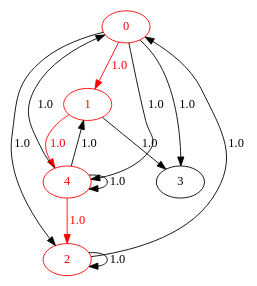
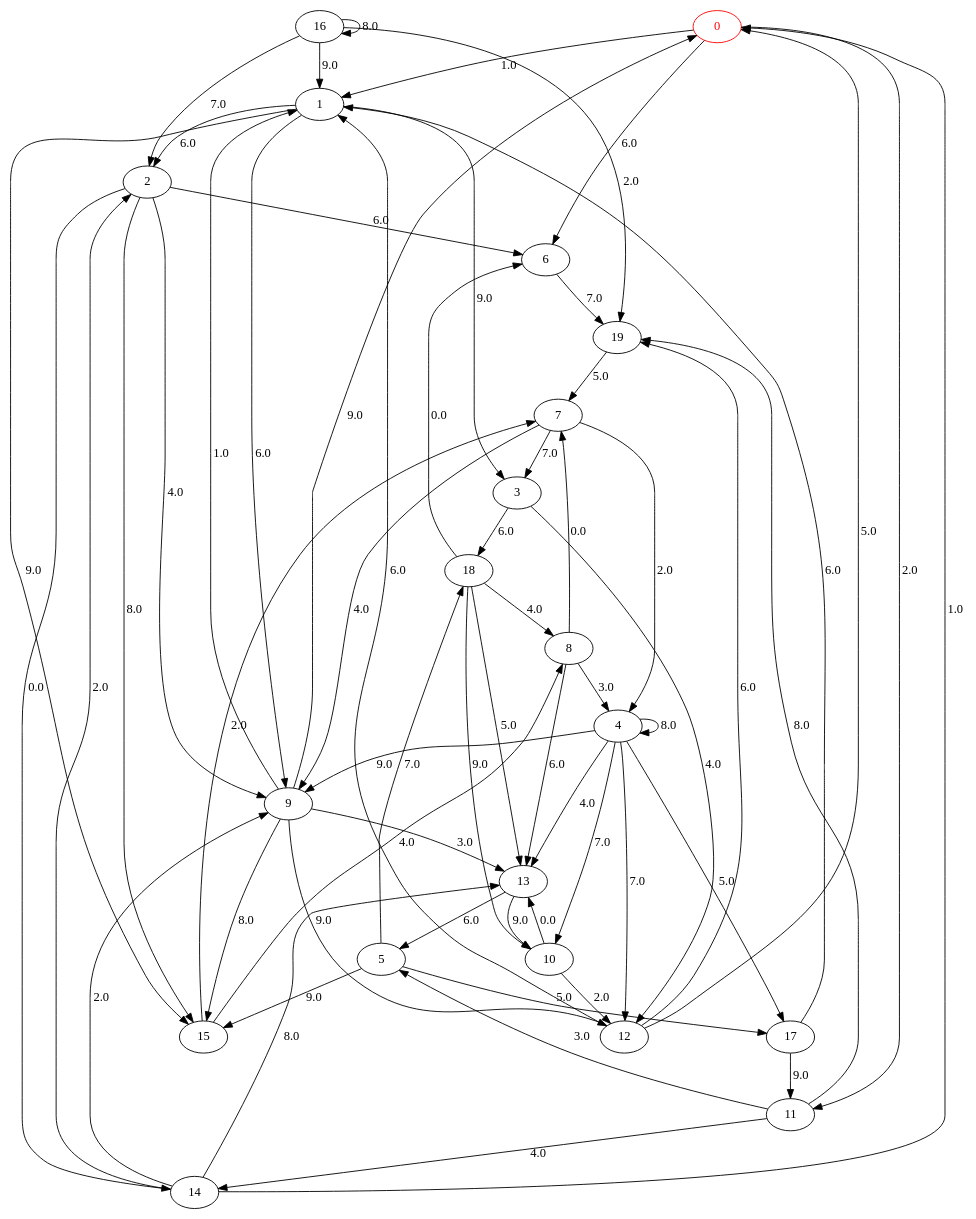
One commit to Valba31/S2.02 changed the diagram in output/graphviz_output.gv. Above: the diagram before and after it, drawn with Graphviz. The commit also changed 2 other files, not shown here.

```diff
--- a/output/graphviz_output.gv
+++ b/output/graphviz_output.gv
@@ -1,24 +1,66 @@
 strict digraph {
 	node [color=red fontcolor=red]
 	0
-	0 -> 1 [color=red fontcolor=red]
-	node [color=red fontcolor=red]
-	1
-	1 -> 4 [color=red fontcolor=red]
-	node [color=red fontcolor=red]
-	4
-	4 -> 2 [color=red fontcolor=red]
 	node [color=black fontcolor=black]
 	0 -> 1 [label=1.0]
-	0 -> 2 [label=1.0]
-	0 -> 3 [label=1.0]
-	0 -> 4 [label=1.0]
-	1 -> 3 [label=1.0]
-	1 -> 4 [label=1.0]
-	2 -> 0 [label=1.0]
-	2 -> 2 [label=1.0]
-	4 -> 0 [label=1.0]
-	4 -> 1 [label=1.0]
-	4 -> 2 [label=1.0]
-	4 -> 4 [label=1.0]
+	0 -> 6 [label=6.0]
+	0 -> 11 [label=2.0]
+	1 -> 2 [label=6.0]
+	1 -> 3 [label=9.0]
+	1 -> 9 [label=6.0]
+	1 -> 15 [label=9.0]
+	2 -> 6 [label=6.0]
+	2 -> 9 [label=4.0]
+	2 -> 14 [label=0.0]
+	2 -> 15 [label=8.0]
+	3 -> 12 [label=4.0]
+	3 -> 18 [label=6.0]
+	4 -> 4 [label=8.0]
+	4 -> 9 [label=9.0]
+	4 -> 10 [label=7.0]
+	4 -> 12 [label=7.0]
+	4 -> 13 [label=4.0]
+	4 -> 17 [label=5.0]
+	5 -> 15 [label=9.0]
+	5 -> 17 [label=5.0]
+	5 -> 18 [label=7.0]
+	6 -> 19 [label=7.0]
+	7 -> 3 [label=7.0]
+	7 -> 4 [label=2.0]
+	7 -> 9 [label=4.0]
+	8 -> 4 [label=3.0]
+	8 -> 7 [label=0.0]
+	8 -> 13 [label=6.0]
+	9 -> 0 [label=9.0]
+	9 -> 1 [label=1.0]
+	9 -> 12 [label=9.0]
+	9 -> 13 [label=3.0]
+	9 -> 15 [label=8.0]
+	10 -> 12 [label=2.0]
+	10 -> 13 [label=0.0]
+	11 -> 5 [label=3.0]
+	11 -> 14 [label=4.0]
+	11 -> 19 [label=8.0]
+	12 -> 0 [label=5.0]
+	12 -> 1 [label=6.0]
+	12 -> 19 [label=6.0]
+	13 -> 5 [label=6.0]
+	13 -> 10 [label=9.0]
+	14 -> 0 [label=1.0]
+	14 -> 2 [label=2.0]
+	14 -> 9 [label=2.0]
+	14 -> 13 [label=8.0]
+	15 -> 7 [label=2.0]
+	15 -> 8 [label=4.0]
+	16 -> 1 [label=9.0]
+	16 -> 2 [label=7.0]
+	16 -> 16 [label=8.0]
+	16 -> 19 [label=2.0]
+	17 -> 1 [label=6.0]
+	17 -> 11 [label=9.0]
+	18 -> 6 [label=0.0]
+	18 -> 8 [label=4.0]
+	18 -> 10 [label=9.0]
+	18 -> 13 [label=5.0]
+	19 -> 7 [label=5.0]
 }
```
